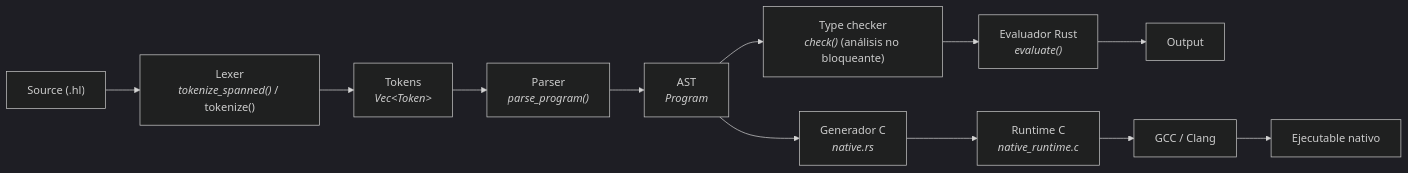
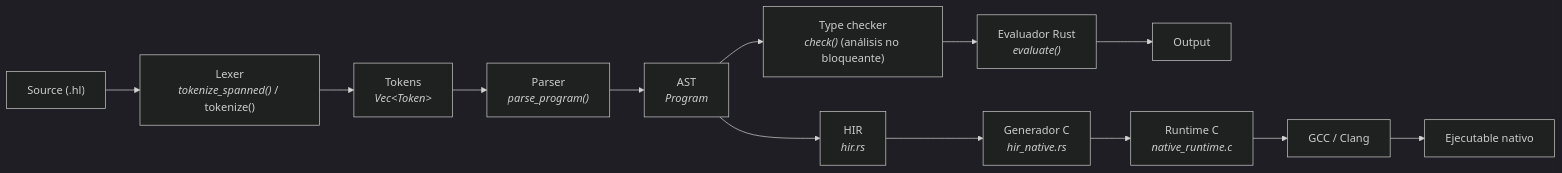
Before and after one commit to aratan/hacklang: the first of 2 diagrams in README.md, drawn with Mermaid (dark theme). The commit also changed other lines of this file, not shown here.

Commit message:
docs(readme): align compiler pipeline with HIR backend

````diff
--- a/README.md
+++ b/README.md
@@ -7,14 +7,15 @@
 ```mermaid
 flowchart LR
     A["Source (.hl)"] --> B["Lexer<br/><i>tokenize_spanned()</i> / tokenize()"]
     B --> C["Tokens<br/><i>Vec&lt;Token&gt;</i>"]
     C --> D["Parser<br/><i>parse_program()</i>"]
     D --> E["AST<br/><i>Program</i>"]
     E --> H["Type checker<br/><i>check()</i> (análisis no bloqueante)"]
     H --> F["Evaluador Rust<br/><i>evaluate()</i>"]
     F --> G["Output"]
-    E --> I["Generador C<br/><i>native.rs</i>"]
+    E --> M["HIR<br/><i>hir.rs</i>"]
+    M --> I["Generador C<br/><i>hir_native.rs</i>"]
     I --> J["Runtime C<br/><i>native_runtime.c</i>"]
     J --> K["GCC / Clang"]
     K --> L["Ejecutable nativo"]
 ```
````
